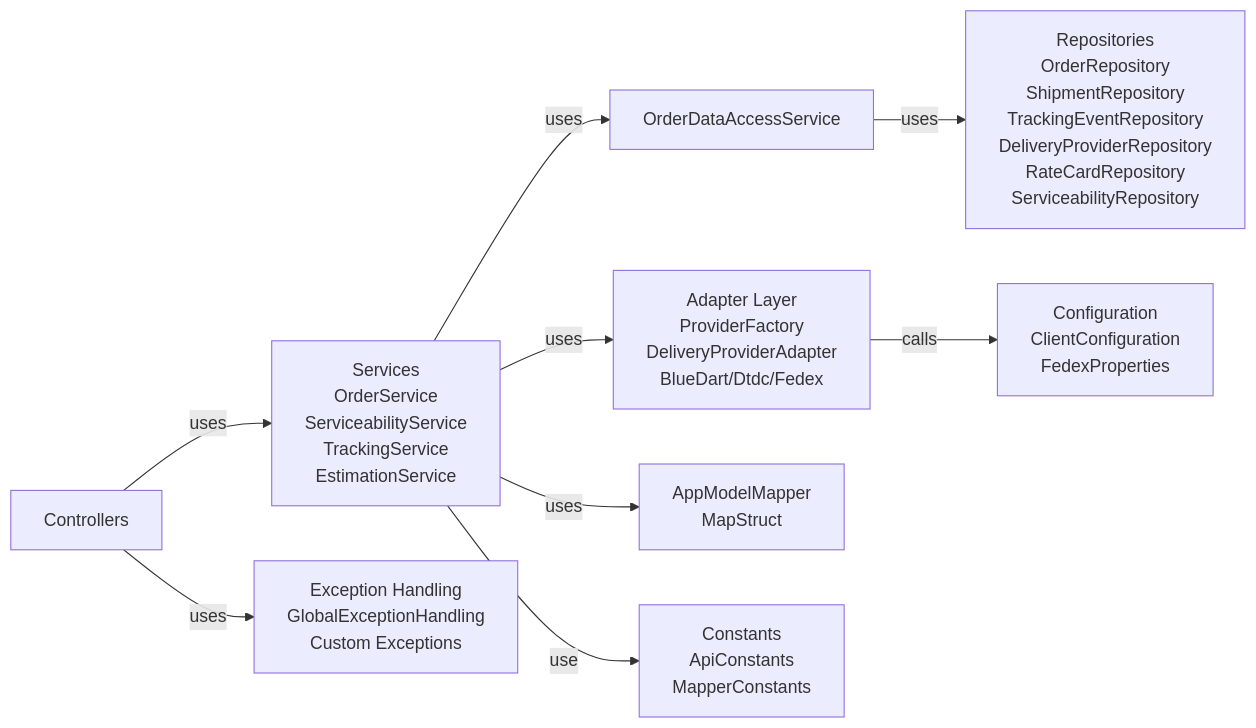
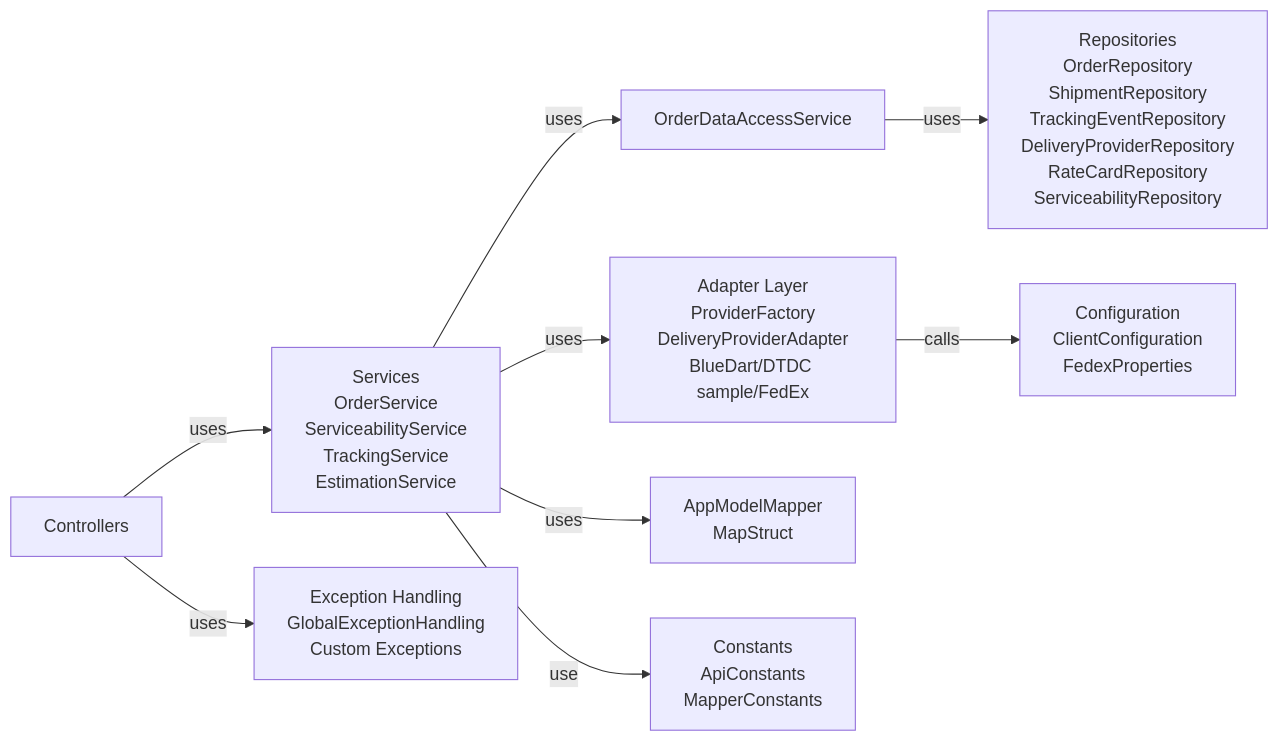
One commit to amanxdeep/route-mind changed the sixth of 8 diagrams in ARCHITECTURE.md. Above: the diagram before and after it, drawn with Mermaid. The commit also changed other lines of this file and 10 other files, not shown here.

````diff
--- a/ARCHITECTURE.md
+++ b/ARCHITECTURE.md
@@ -218,24 +221,24 @@
 ```mermaid
 graph LR
     Controller["Controllers"]
     Services["Services<br/>OrderService<br/>ServiceabilityService<br/>TrackingService<br/>EstimationService"]
     
     DataAccess["OrderDataAccessService"]
     Repositories["Repositories<br/>OrderRepository<br/>ShipmentRepository<br/>TrackingEventRepository<br/>DeliveryProviderRepository<br/>RateCardRepository<br/>ServiceabilityRepository"]
     
-    AdapterLayer["Adapter Layer<br/>ProviderFactory<br/>DeliveryProviderAdapter<br/>BlueDart/Dtdc/Fedex"]
+    AdapterLayer["Adapter Layer<br/>ProviderFactory<br/>DeliveryProviderAdapter<br/>BlueDart/DTDC sample/FedEx"]
     
     Mapper["AppModelMapper<br/>MapStruct"]
     Configuration["Configuration<br/>ClientConfiguration<br/>FedexProperties"]
     Exceptions["Exception Handling<br/>GlobalExceptionHandling<br/>Custom Exceptions"]
     Constants["Constants<br/>ApiConstants<br/>MapperConstants"]
     
     Controller -->|uses| Services
     Services -->|uses| DataAccess
     Services -->|uses| AdapterLayer
     Services -->|uses| Mapper
     DataAccess -->|uses| Repositories
     AdapterLayer -->|calls| Configuration
     Controller -->|uses| Exceptions
     Services -->|use| Constants
 ```
````
